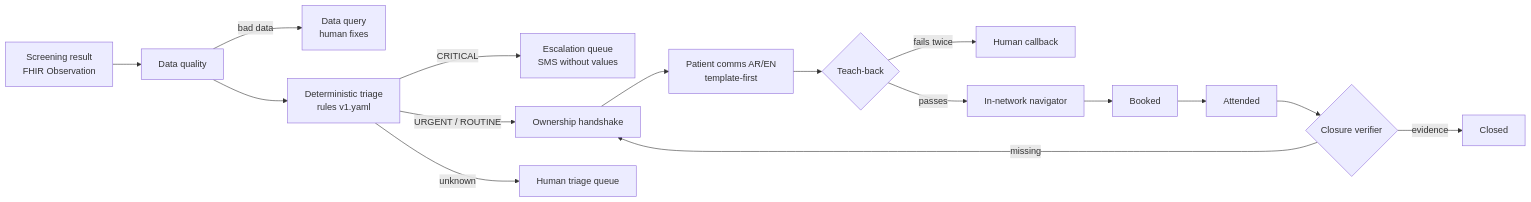
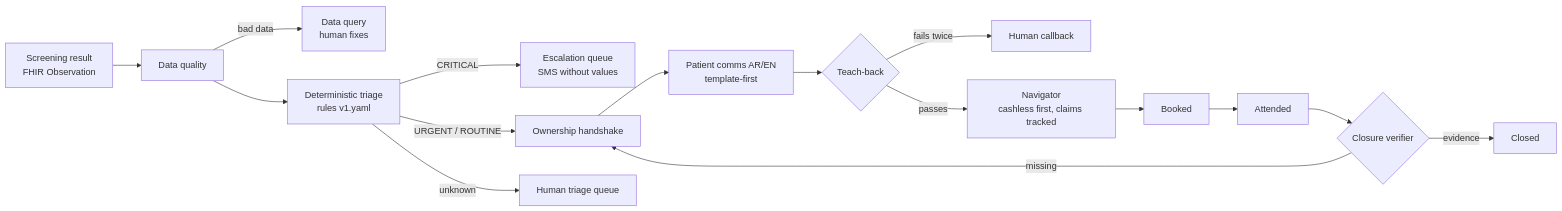
Before and after one commit to suhail39ahmed/rabt-care-loop: the diagram in README.md, drawn with Mermaid. The commit also changed other lines of this file and 28 other files, not shown here.

````diff
--- a/README.md
+++ b/README.md
@@ -77,17 +72,17 @@
 ```mermaid
 flowchart LR
   R[Screening result<br/>FHIR Observation] --> DQ[Data quality]
   DQ -->|bad data| Q1[Data query<br/>human fixes]
   DQ --> T[Deterministic triage<br/>rules v1.yaml]
   T -->|CRITICAL| E[Escalation queue<br/>SMS without values]
   T -->|URGENT / ROUTINE| O[Ownership handshake]
   T -->|unknown| H[Human triage queue]
   O --> C[Patient comms AR/EN<br/>template-first]
   C --> TB{Teach-back}
   TB -->|fails twice| CB[Human callback]
-  TB -->|passes| N[In-network navigator]
+  TB -->|passes| N[Navigator<br/>cashless first, claims tracked]
   N --> B[Booked] --> A[Attended]
   A --> V{Closure verifier}
   V -->|evidence| CL[Closed]
   V -->|missing| O
 ```
````
